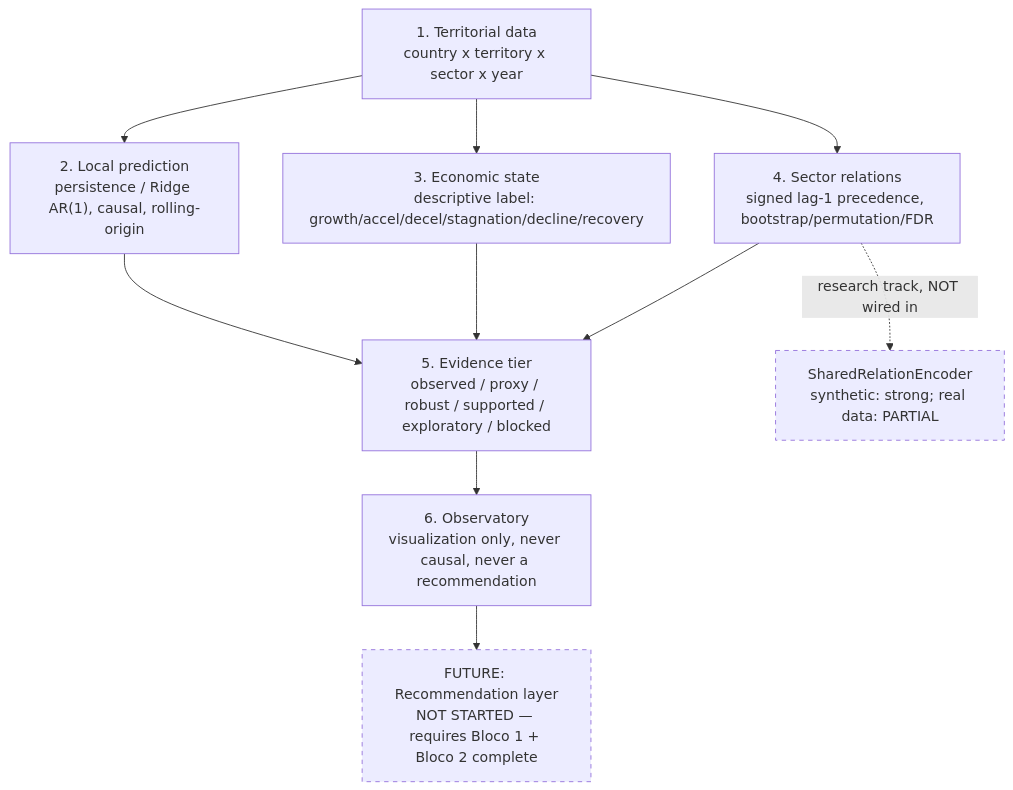
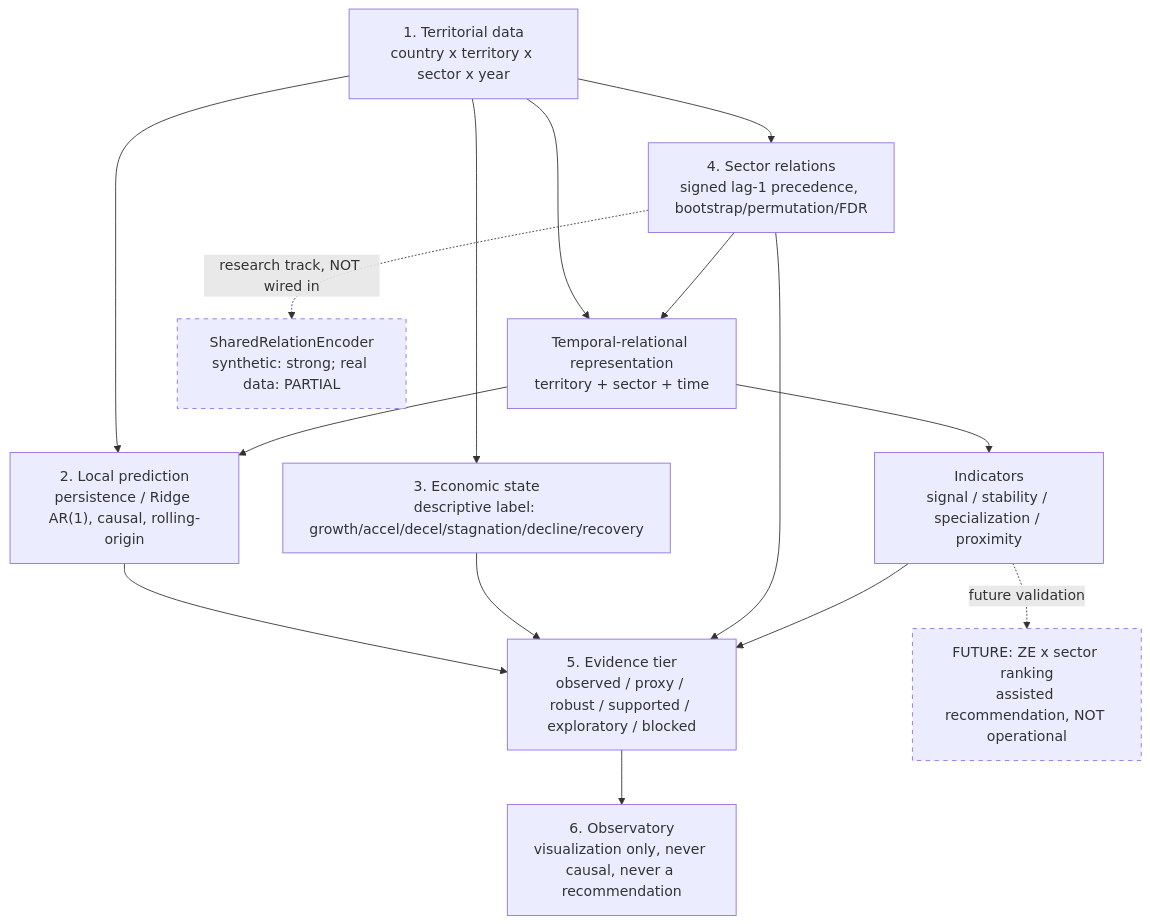
One commit to Jpmartinslag/neural-temporal-relational-model changed the diagram in reports/canonical/HERALD_03_METHODS_AND_ARCHITECTURE.md. Above: the diagram before and after it, drawn with Mermaid. The commit also changed other lines of this file and 6 other files, not shown here.

Commit message:
docs: define dynamic graph model direction

````diff
--- a/reports/canonical/HERALD_03_METHODS_AND_ARCHITECTURE.md
+++ b/reports/canonical/HERALD_03_METHODS_AND_ARCHITECTURE.md
@@ -14,23 +14,29 @@
 ```mermaid
 flowchart TD
     A["1. Territorial data<br/>country x territory x sector x year"] --> B
     A --> C
     A --> D
+    A --> R["Temporal-relational representation<br/>territory + sector + time"]
 
     B["2. Local prediction<br/>persistence / Ridge AR(1), causal, rolling-origin"]
     C["3. Economic state<br/>descriptive label: growth/accel/decel/stagnation/decline/recovery"]
     D["4. Sector relations<br/>signed lag-1 precedence, bootstrap/permutation/FDR"]
 
+    D --> R
+    R --> B
+    R --> I["Indicators<br/>signal / stability / specialization / proximity"]
+
     B --> E["5. Evidence tier<br/>observed / proxy / robust / supported / exploratory / blocked"]
     C --> E
     D --> E
+    I --> E
 
     E --> F["6. Observatory<br/>visualization only, never causal, never a recommendation"]
 
     D -.->|"research track, NOT wired in"| G["SharedRelationEncoder<br/>synthetic: strong; real data: PARTIAL"]
 
-    F --> H["FUTURE: Recommendation layer<br/>NOT STARTED — requires Bloco 1 + Bloco 2 complete"]
+    I -.->|"future validation"| H["FUTURE: ZE x sector ranking<br/>assisted recommendation, NOT operational"]
 
     style G stroke-dasharray: 5 5
     style H stroke-dasharray: 5 5
 ```
````
